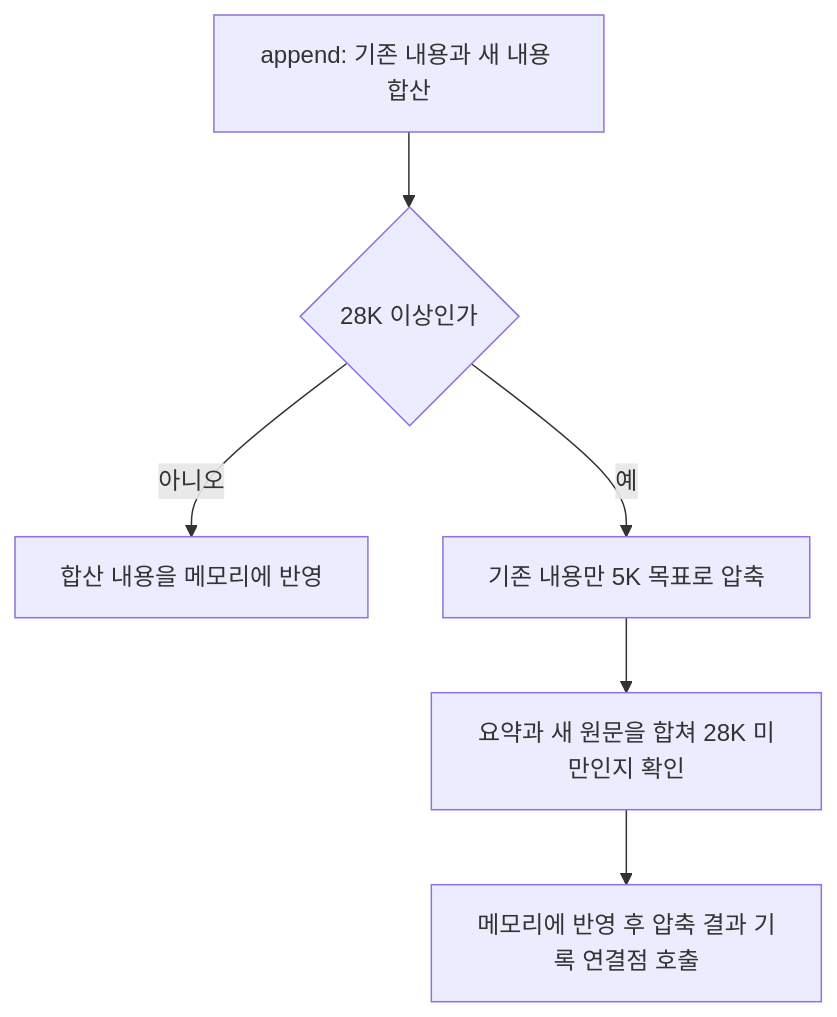
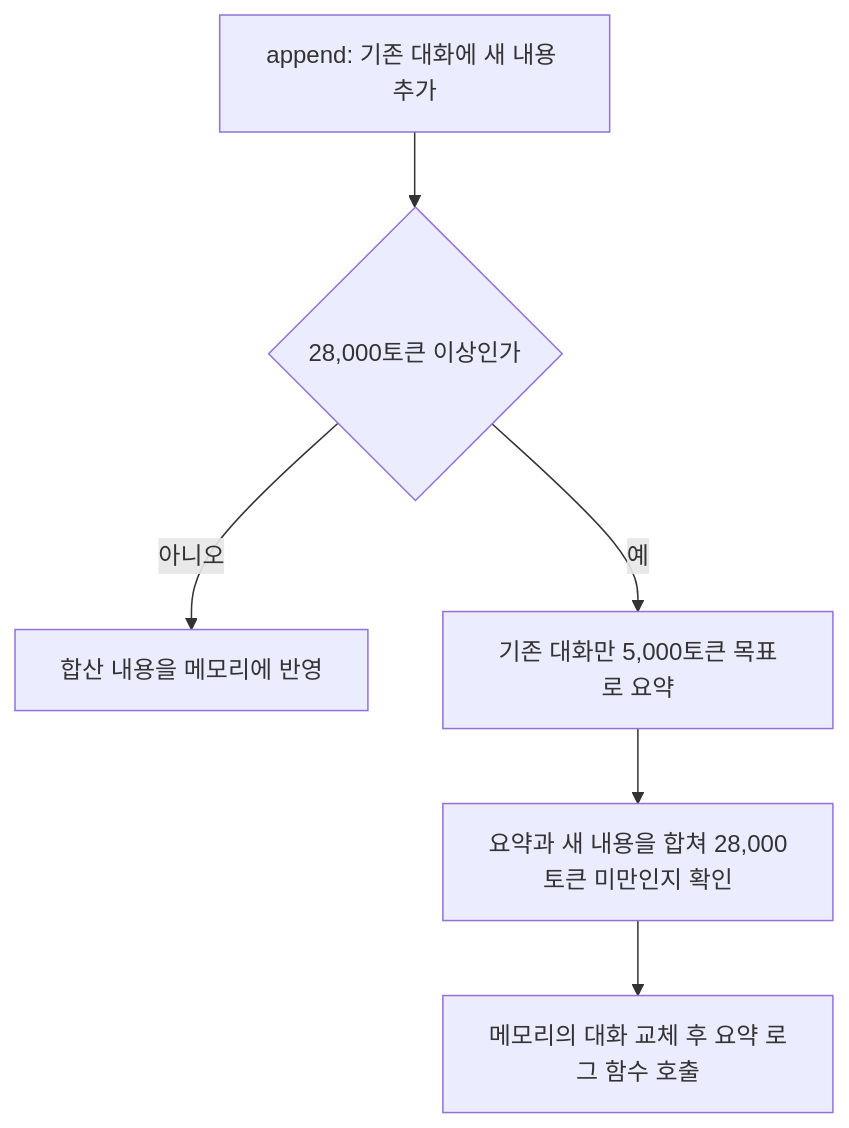
The diagram in docs/context-manager.md (Inha-zero-two/private-llm-pipeline), drawn with Mermaid before and after one commit. The commit also changed other lines of this file and 10 other files, not shown here.

````diff
--- a/docs/context-manager.md
+++ b/docs/context-manager.md
@@ -9,8 +9,8 @@
 ```mermaid
 flowchart TD
-    A["append: 기존 내용과 새 내용 합산"] --> B{"28K 이상인가"}
+    A["append: 기존 대화에 새 내용 추가"] --> B{"28,000토큰 이상인가"}
     B -->|아니오| C["합산 내용을 메모리에 반영"]
-    B -->|예| D["기존 내용만 5K 목표로 압축"]
-    D --> E["요약과 새 원문을 합쳐 28K 미만인지 확인"]
-    E --> F["메모리에 반영 후 압축 결과 기록 연결점 호출"]
+    B -->|예| D["기존 대화만 5,000토큰 목표로 요약"]
+    D --> E["요약과 새 내용을 합쳐 28,000토큰 미만인지 확인"]
+    E --> F["메모리의 대화 교체 후 요약 로그 함수 호출"]
 ```
````
